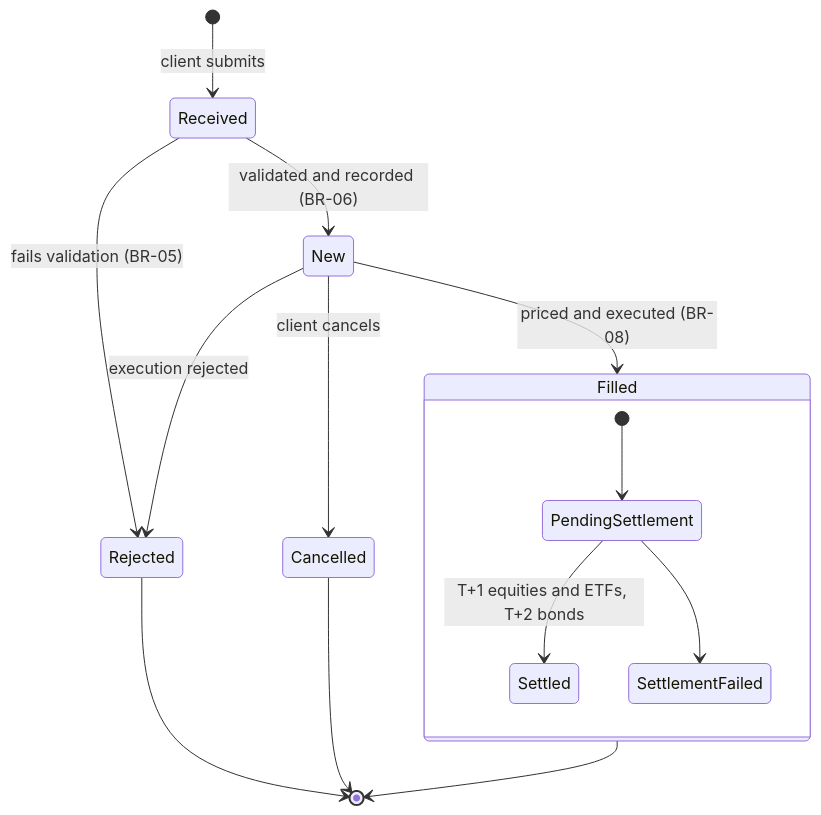
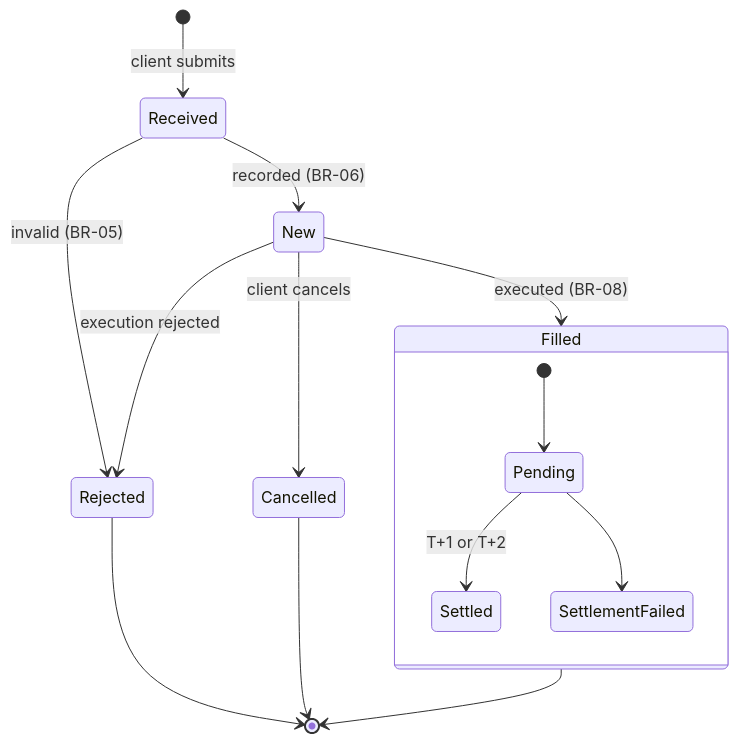
The first of 2 diagrams in ooad-uml/demos/10-state-and-activity-modelling/order-lifecycle.md (nicktodd/leap-analyst-labs), drawn with Mermaid before and after one commit. The commit also changed other lines of this file and 33 other files, not shown here.

````diff
--- a/ooad-uml/demos/10-state-and-activity-modelling/order-lifecycle.md
+++ b/ooad-uml/demos/10-state-and-activity-modelling/order-lifecycle.md
@@ -8,18 +8,18 @@
 ```mermaid
 stateDiagram-v2
     [*] --> Received : client submits
-    Received --> Rejected : fails validation (BR-05)
-    Received --> New : validated and recorded (BR-06)
-    New --> Filled : priced and executed (BR-08)
+    Received --> Rejected : invalid (BR-05)
+    Received --> New : recorded (BR-06)
+    New --> Filled : executed (BR-08)
     New --> Rejected : execution rejected
     New --> Cancelled : client cancels
     Filled --> [*]
     Rejected --> [*]
     Cancelled --> [*]
 
     state Filled {
-        [*] --> PendingSettlement
-        PendingSettlement --> Settled : T+1 equities and ETFs, T+2 bonds
-        PendingSettlement --> SettlementFailed
+        [*] --> Pending
+        Pending --> Settled : T+1 or T+2
+        Pending --> SettlementFailed
     }
 ```
````
